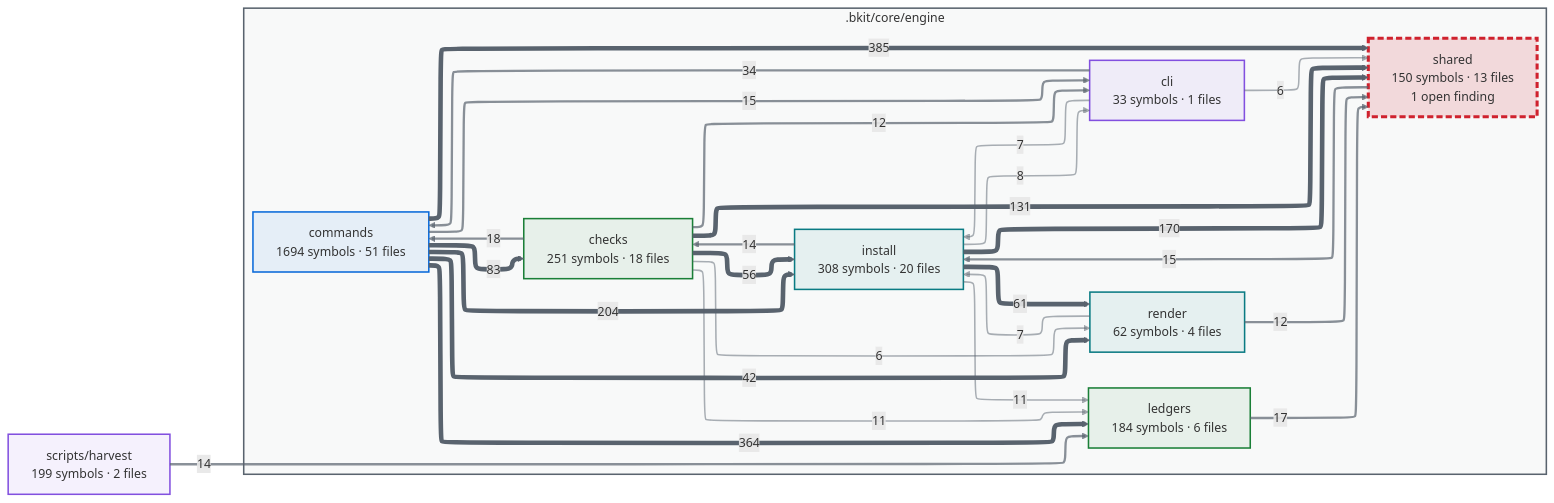
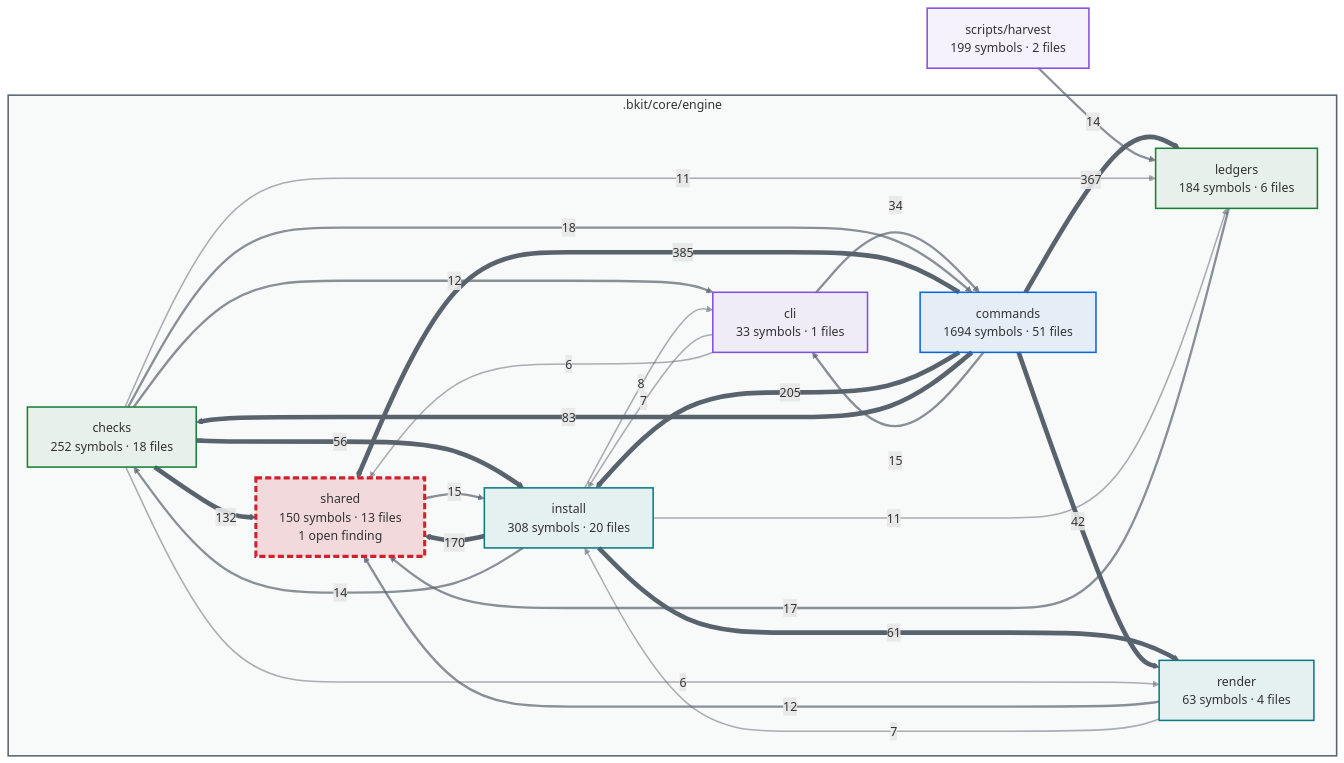
Before and after one commit to cbartens/bkit: the first of 2 diagrams in docs/capabilities.md, drawn with Mermaid. The commit also changed other lines of this file and 364 other files, not shown here.

````diff
--- a/docs/capabilities.md
+++ b/docs/capabilities.md
@@ -154,80 +154,80 @@
 ```mermaid
 ---
 config:
-  layout: elk
+  layout: dagre
   themeCSS: "marker { overflow: visible; } marker path { transform: scale(1.8); transform-origin: 5px 5px; }"
   flowchart:
     useMaxWidth: false
 ---
 flowchart LR
   %% Generated by bkit-graphify-rollup.py — do not edit
   subgraph gn_bkit_core_engine[".bkit/core/engine"]
-    n_bkit_core_engine_checks["checks<br/>251 symbols · 18 files"]
+    n_bkit_core_engine_checks["checks<br/>252 symbols · 18 files"]
     n_bkit_core_engine_cli["cli<br/>33 symbols · 1 files"]
     n_bkit_core_engine_commands["commands<br/>1694 symbols · 51 files"]
     n_bkit_core_engine_install["install<br/>308 symbols · 20 files"]
     n_bkit_core_engine_ledgers["ledgers<br/>184 symbols · 6 files"]
-    n_bkit_core_engine_render["render<br/>62 symbols · 4 files"]
+    n_bkit_core_engine_render["render<br/>63 symbols · 4 files"]
     n_bkit_core_engine_shared["shared<br/>150 symbols · 13 files<br/>1 open finding"]
   end
   nscripts_harvest["scripts/harvest<br/>199 symbols · 2 files"]
   n_bkit_core_engine_commands -->|385| n_bkit_core_engine_shared
-  n_bkit_core_engine_commands -->|364| n_bkit_core_engine_ledgers
-  n_bkit_core_engine_commands -->|204| n_bkit_core_engine_install
+  n_bkit_core_engine_commands -->|367| n_bkit_core_engine_ledgers
+  n_bkit_core_engine_commands -->|205| n_bkit_core_engine_install
   n_bkit_core_engine_install -->|170| n_bkit_core_engine_shared
-  n_bkit_core_engine_checks -->|131| n_bkit_core_engine_shared
+  n_bkit_core_engine_checks -->|132| n_bkit_core_engine_shared
   n_bkit_core_engine_commands -->|83| n_bkit_core_engine_checks
   n_bkit_core_engine_install -->|61| n_bkit_core_engine_render
   n_bkit_core_engine_checks -->|56| n_bkit_core_engine_install
   n_bkit_core_engine_commands -->|42| n_bkit_core_engine_render
   n_bkit_core_engine_cli -->|34| n_bkit_core_engine_commands
   n_bkit_core_engine_checks -->|18| n_bkit_core_engine_commands
   n_bkit_core_engine_ledgers -->|17| n_bkit_core_engine_shared
   n_bkit_core_engine_shared -->|15| n_bkit_core_engine_install
   n_bkit_core_engine_commands -->|15| n_bkit_core_engine_cli
   n_bkit_core_engine_install -->|14| n_bkit_core_engine_checks
   nscripts_harvest -->|14| n_bkit_core_engine_ledgers
   n_bkit_core_engine_checks -->|12| n_bkit_core_engine_cli
   n_bkit_core_engine_render -->|12| n_bkit_core_engine_shared
   n_bkit_core_engine_checks -->|11| n_bkit_core_engine_ledgers
   n_bkit_core_engine_install -->|11| n_bkit_core_engine_ledgers
   n_bkit_core_engine_install -->|8| n_bkit_core_engine_cli
   n_bkit_core_engine_cli -->|7| n_bkit_core_engine_install
   n_bkit_core_engine_render -->|7| n_bkit_core_engine_install
   n_bkit_core_engine_checks -->|6| n_bkit_core_engine_render
   n_bkit_core_engine_cli -->|6| n_bkit_core_engine_shared
   style gn_bkit_core_engine fill:#59636e0a,stroke:#59636e,stroke-width:2px
   style n_bkit_core_engine_checks stroke:#1a7f37,stroke-width:2px,fill:#1a7f3714
   style n_bkit_core_engine_cli stroke:#8250df,stroke-width:2px,fill:#8250df14
   style n_bkit_core_engine_commands stroke:#0969da,stroke-width:2px,fill:#0969da14
   style n_bkit_core_engine_install stroke:#0a7b83,stroke-width:2px,fill:#0a7b8314
   style n_bkit_core_engine_ledgers stroke:#1a7f37,stroke-width:2px,fill:#1a7f3714
   style n_bkit_core_engine_render stroke:#0a7b83,stroke-width:2px,fill:#0a7b8314
   style n_bkit_core_engine_shared stroke:#cf222e,stroke-width:4px,stroke-dasharray:8 4,fill:#cf222e26
   style nscripts_harvest stroke:#8250df,stroke-width:2px,fill:#8250df14
   linkStyle 0 stroke:#59636e,stroke-width:6px
   linkStyle 1 stroke:#59636e,stroke-width:6px
   linkStyle 2 stroke:#59636e,stroke-width:6px
   linkStyle 3 stroke:#59636e,stroke-width:6px
   linkStyle 4 stroke:#59636e,stroke-width:6px
   linkStyle 5 stroke:#59636e,stroke-width:6px
   linkStyle 6 stroke:#59636e,stroke-width:6px
   linkStyle 7 stroke:#59636e,stroke-width:6px
   linkStyle 8 stroke:#59636e,stroke-width:6px
   linkStyle 9 stroke:#59636eb3,stroke-width:3px
   linkStyle 10 stroke:#59636eb3,stroke-width:3px
   linkStyle 11 stroke:#59636eb3,stroke-width:3px
   linkStyle 12 stroke:#59636eb3,stroke-width:3px
   linkStyle 13 stroke:#59636eb3,stroke-width:3px
   linkStyle 14 stroke:#59636eb3,stroke-width:3px
   linkStyle 15 stroke:#59636eb3,stroke-width:3px
   linkStyle 16 stroke:#59636eb3,stroke-width:3px
   linkStyle 17 stroke:#59636eb3,stroke-width:3px
   linkStyle 18 stroke:#59636e80,stroke-width:2px
   linkStyle 19 stroke:#59636e80,stroke-width:2px
   linkStyle 20 stroke:#59636e80,stroke-width:2px
   linkStyle 21 stroke:#59636e80,stroke-width:2px
   linkStyle 22 stroke:#59636e80,stroke-width:2px
   linkStyle 23 stroke:#59636e80,stroke-width:2px
   linkStyle 24 stroke:#59636e80,stroke-width:2px
 ```
````
